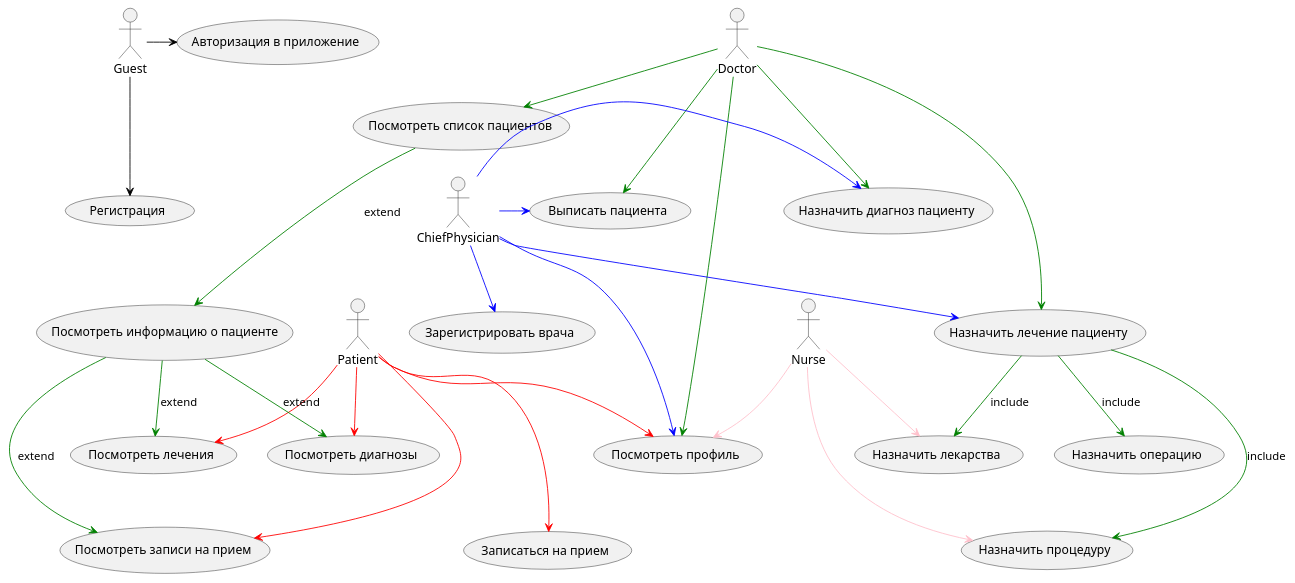
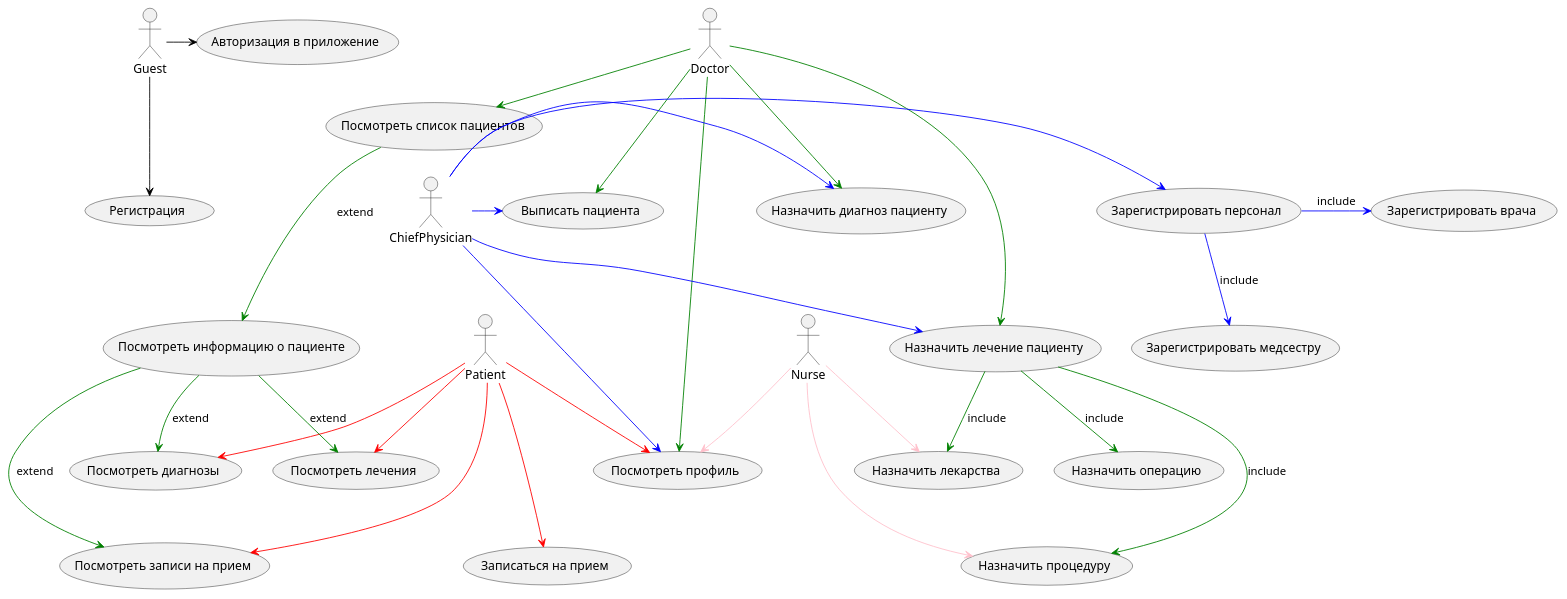
One commit to KuzyaCat/EPAM_JAVA_PROJECT changed the diagram in Hospital/uml/diagram.puml. Above: the diagram before and after it, drawn with PlantUML.

Commit message:
fix: puml diagram

```diff
--- a/Hospital/uml/diagram.puml
+++ b/Hospital/uml/diagram.puml
@@ -1,41 +1,43 @@
 @startuml
 actor Guest
 actor Patient
 actor Doctor
 actor Nurse
 actor ChiefPhysician
 
 Guest --[#black]> (Регистрация)
 Guest -[#black]> (Авторизация в приложение)
 
 Patient ---[#red]> (Посмотреть записи на прием)
 Patient --[#red]> (Посмотреть лечения)
 Patient --[#red]> (Посмотреть диагнозы)
 Patient --[#red]> (Посмотреть профиль)
 Patient ---[#red]> (Записаться на прием)
 
 Doctor -[#green]> (Посмотреть список пациентов)
 (Посмотреть список пациентов) -[#green]> (Посмотреть информацию о пациенте): extend
 (Посмотреть информацию о пациенте) --[#green]> (Посмотреть записи на прием): extend
 (Посмотреть информацию о пациенте) --[#green]> (Посмотреть лечения): extend
 (Посмотреть информацию о пациенте) --[#green]> (Посмотреть диагнозы): extend
 Doctor -[#green]> (Посмотреть профиль)
 Doctor --[#green]> (Назначить диагноз пациенту)
 Doctor ---[#green]> (Назначить лечение пациенту)
 (Назначить лечение пациенту) ---[#green]> (Назначить процедуру): include
 (Назначить лечение пациенту) --[#green]> (Назначить лекарства): include
 (Назначить лечение пациенту) --[#green]> (Назначить операцию): include
 Doctor --[#green]> (Выписать пациента)
 
 Nurse --[#pink]> (Посмотреть профиль)
 Nurse --[#pink]> (Назначить процедуру)
 Nurse --[#pink]> (Назначить лекарства)
 
-ChiefPhysician --[#blue]> (Зарегистрировать врача)
+ChiefPhysician -[#blue]> (Зарегистрировать персонал)
+(Зарегистрировать персонал) -[#blue]> (Зарегистрировать врача): include
+(Зарегистрировать персонал) --[#blue]> (Зарегистрировать медсестру): include
 ChiefPhysician -[#blue]> (Выписать пациента)
 ChiefPhysician -[#blue]> (Назначить диагноз пациенту)
 ChiefPhysician ---[#blue]> (Посмотреть профиль)
 ChiefPhysician -[#blue]> (Назначить лечение пациенту)
 
 
 @enduml
```
